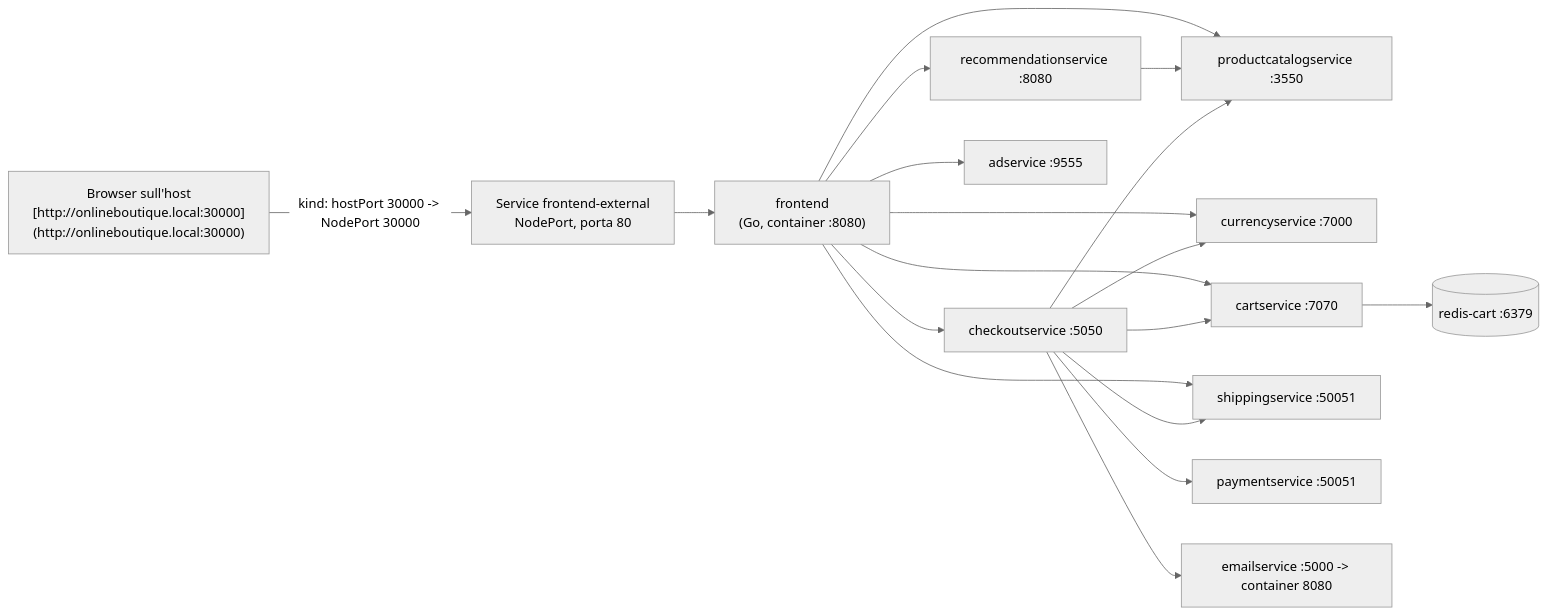
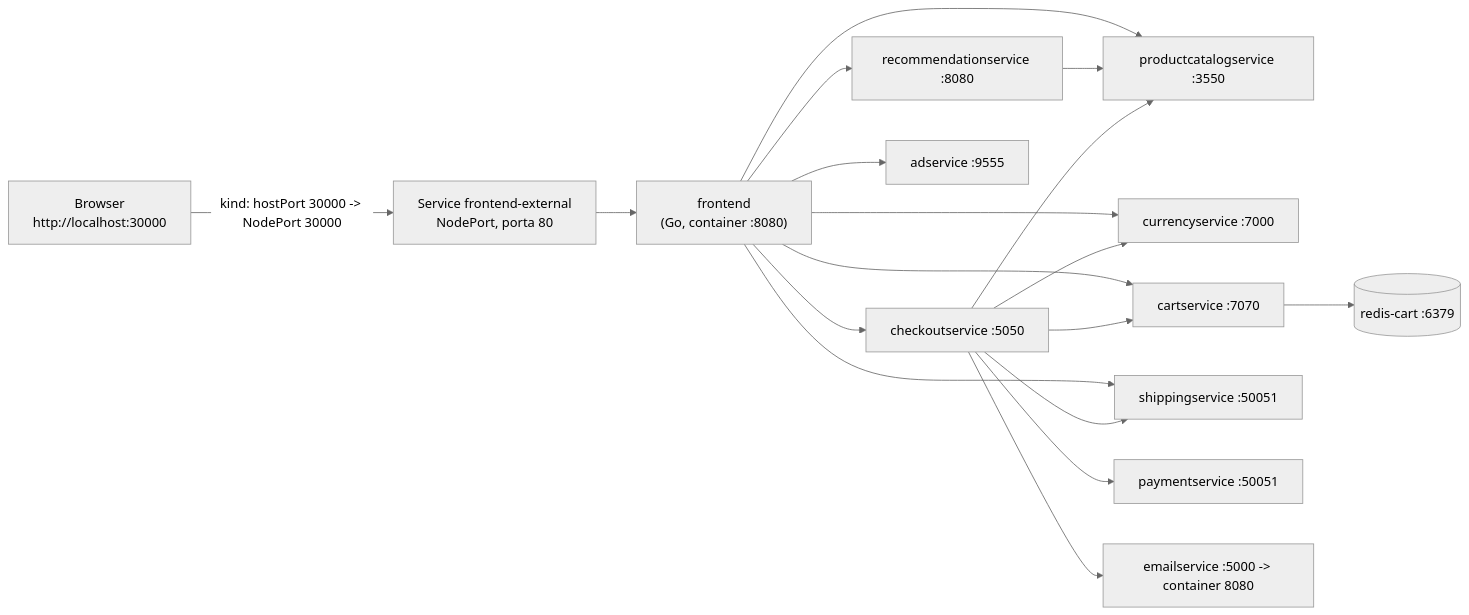
One commit to mariagiovannacardillo/kiratech_challenge_l2 changed the diagram in docs/architecture.md. Above: the diagram before and after it, drawn with Mermaid (neutral theme). The commit also changed other lines of this file and 6 other files, not shown here.

````diff
--- a/docs/architecture.md
+++ b/docs/architecture.md
@@ -10,20 +10,20 @@
 ```mermaid
 flowchart LR
-    U["Browser sull'host<br/>[http://onlineboutique.local:30000](http://onlineboutique.local:30000)"] -->|"kind: hostPort 30000 -> NodePort 30000"| FEX["Service frontend-external<br/>NodePort, porta 80"]
+    U["Browser<br/>http://localhost:30000"] -->|"kind: hostPort 30000 -> NodePort 30000"| FEX["Service frontend-external<br/>NodePort, porta 80"]
     FEX --> FE["frontend<br/>(Go, container :8080)"]
     FE --> PC["productcatalogservice :3550"]
     FE --> CUR["currencyservice :7000"]
     FE --> CART["cartservice :7070"]
     FE --> REC["recommendationservice :8080"]
     FE --> SHIP["shippingservice :50051"]
     FE --> CHK["checkoutservice :5050"]
     FE --> AD["adservice :9555"]
     REC --> PC
     CART --> REDIS[("redis-cart :6379")]
     CHK --> PC
     CHK --> SHIP
     CHK --> PAY["paymentservice :50051"]
     CHK --> MAIL["emailservice :5000 -> container 8080"]
     CHK --> CUR
     CHK --> CART
 ```
````
